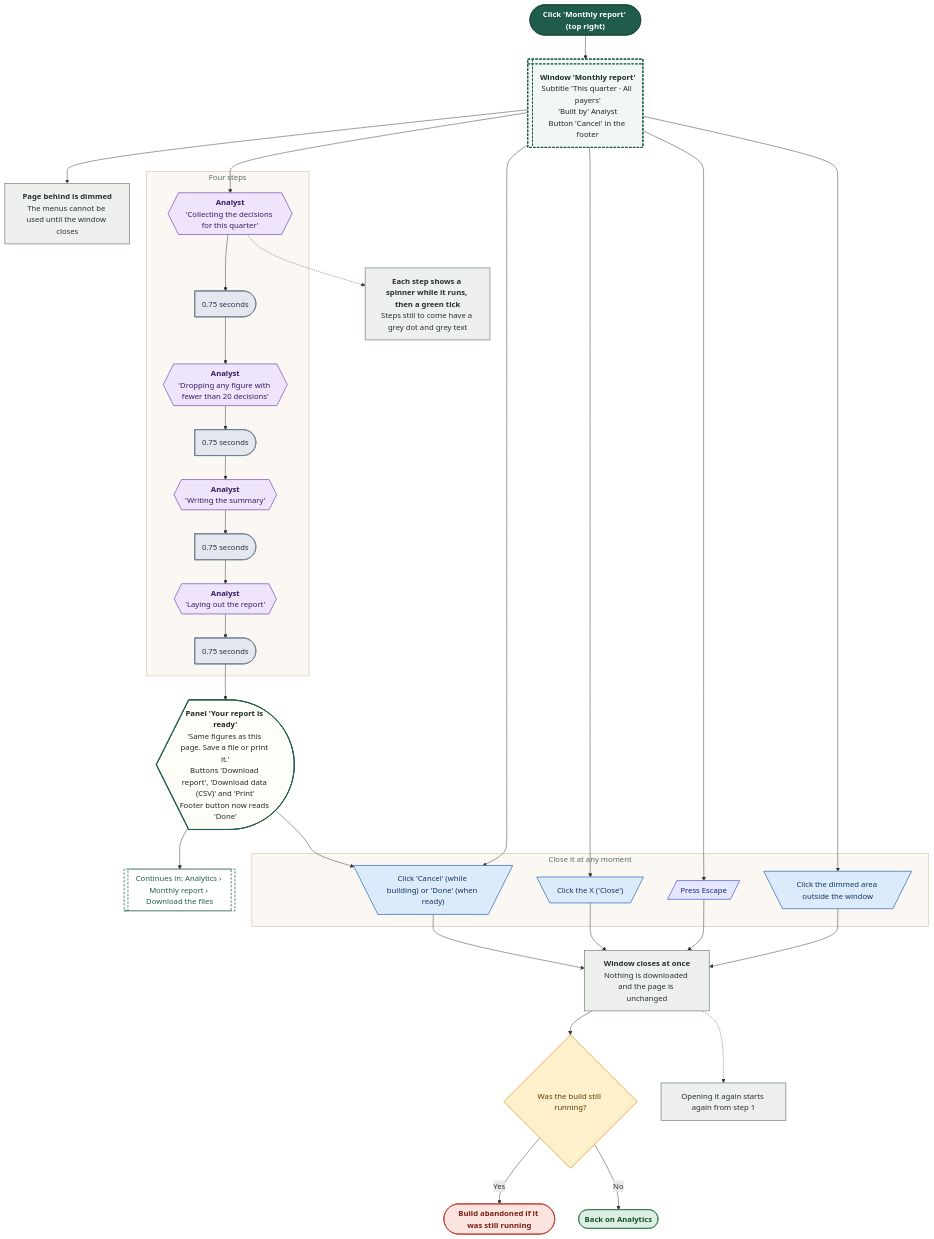
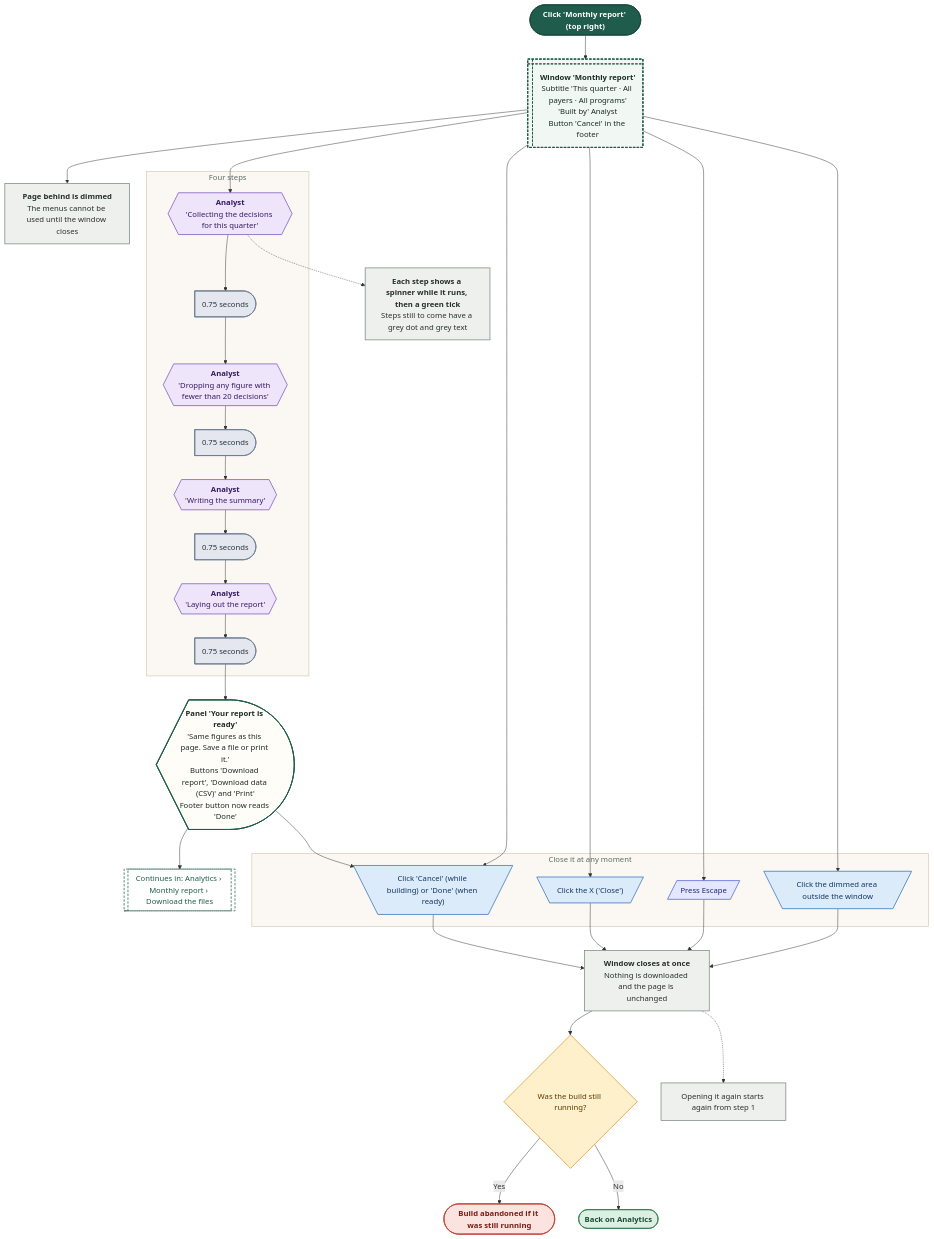
Before and after one commit to Shrav143/psyfloapp: the tenth of 12 diagrams in demos/prior-auth-demo/workflows/out/md/08-analytics.md, drawn with Mermaid. The commit also changed other lines of this file and 192 other files, not shown here.

First line of the commit message:
docs: changelog by sidebar tab; README, diagrams and Settings layout aligned with the refinement; shared InfoTip; referral cost-share line

````diff
--- a/demos/prior-auth-demo/workflows/out/md/08-analytics.md
+++ b/demos/prior-auth-demo/workflows/out/md/08-analytics.md
@@ -491,71 +746,71 @@
 ```mermaid
 %%{init: {"theme":"base","themeVariables":{"fontFamily":"'DM Sans', 'Segoe UI', system-ui, sans-serif","fontSize":"15px","lineColor":"#5B6B63","primaryTextColor":"#1C2B25","clusterBkg":"#FBF8F3","clusterBorder":"#D9CDBB","edgeLabelBackground":"#FFFFFF"},"flowchart":{"curve":"basis","nodeSpacing":36,"rankSpacing":48,"padding":12,"htmlLabels":true,"useMaxWidth":false,"wrappingWidth":230}} }%%
 flowchart TD
   classDef k_start fill:#1F5C4B,stroke:#174638,color:#FFFFFF,stroke-width:1.5px,font-weight:600
   classDef k_end fill:#DDEFE3,stroke:#2E7D4F,color:#14502F,stroke-width:1.5px,font-weight:600
   classDef k_endx fill:#FBE3E0,stroke:#C0392B,color:#7A1F16,stroke-width:1.5px,font-weight:600
   classDef k_screen fill:#FFFDF8,stroke:#1F5C4B,color:#1C2B25,stroke-width:2px
   classDef k_overlay fill:#F1F7F3,stroke:#1F5C4B,color:#1C2B25,stroke-width:2px,stroke-dasharray:5 3
   classDef k_click fill:#DCEBFA,stroke:#2F6DB5,color:#12365F,stroke-width:1.5px
   classDef k_input fill:#E4E7FF,stroke:#4C5FD5,color:#1D2670,stroke-width:1.5px
   classDef k_process fill:#EEF0EE,stroke:#7A857F,color:#26302B,stroke-width:1.5px
   classDef k_agent fill:#EEE5FA,stroke:#7A4FC2,color:#341A63,stroke-width:1.5px
   classDef k_decision fill:#FFF0CC,stroke:#D9962B,color:#5C3B00,stroke-width:1.5px
   classDef k_store fill:#D5F0EA,stroke:#1C8E7B,color:#0B4A3F,stroke-width:1.5px
   classDef k_doc fill:#F6E9DC,stroke:#B07A4C,color:#4A2E14,stroke-width:1.5px
   classDef k_ext fill:#FFE6D2,stroke:#E07B39,color:#6B2F06,stroke-width:1.5px
   classDef k_wait fill:#E4E8EE,stroke:#6B7C93,color:#26303D,stroke-width:1.5px
   classDef k_toast fill:#FFF9DB,stroke:#C9A400,color:#5A4A00,stroke-width:1.5px
   classDef k_goto fill:#FFFFFF,stroke:#1F5C4B,color:#1F5C4B,stroke-width:1.5px,stroke-dasharray:5 3
   s1@{ shape: stadium, label: "Click 'Monthly report' (top right)" }
-  o1@{ shape: win-pane, label: "<b>Window 'Monthly report'</b><br/>Subtitle 'This quarter · All payers'<br/>'Built by' Analyst<br/>Button 'Cancel' in the footer" }
+  o1@{ shape: win-pane, label: "<b>Window 'Monthly report'</b><br/>Subtitle 'This quarter · All payers · All programs'<br/>'Built by' Analyst<br/>Button 'Cancel' in the footer" }
   p0@{ shape: rect, label: "<b>Page behind is dimmed</b><br/>The menus cannot be used until the window closes" }
   subgraph gSteps ["Four steps"]
   a1@{ shape: hex, label: "<b>Analyst</b><br/>'Collecting the decisions for this quarter'" }
   w1@{ shape: delay, label: "0.75 seconds" }
   a2@{ shape: hex, label: "<b>Analyst</b><br/>'Dropping any figure with fewer than 20 decisions'" }
   w2@{ shape: delay, label: "0.75 seconds" }
   a3@{ shape: hex, label: "<b>Analyst</b><br/>'Writing the summary'" }
   w3@{ shape: delay, label: "0.75 seconds" }
   a4@{ shape: hex, label: "<b>Analyst</b><br/>'Laying out the report'" }
   w4@{ shape: delay, label: "0.75 seconds" }
   end
   p1@{ shape: rect, label: "<b>Each step shows a spinner while it runs, then a green tick</b><br/>Steps still to come have a grey dot and grey text" }
   r1@{ shape: curv-trap, label: "<b>Panel 'Your report is ready'</b><br/>'Same figures as this page. Save a file or print it.'<br/>Buttons 'Download report', 'Download data (CSV)' and 'Print'<br/>Footer button now reads 'Done'" }
   subgraph gClose ["Close it at any moment"]
   c1@{ shape: trap-t, label: "Click 'Cancel' (while building) or 'Done' (when ready)" }
   c2@{ shape: trap-t, label: "Click the X ('Close')" }
   k1@{ shape: lean-r, label: "Press Escape" }
   c3@{ shape: trap-t, label: "Click the dimmed area outside the window" }
   end
   p2@{ shape: rect, label: "<b>Window closes at once</b><br/>Nothing is downloaded and the page is unchanged" }
   p3@{ shape: rect, label: "Opening it again starts again from step 1" }
   q1@{ shape: diam, label: "Was the build still running?" }
   e1@{ shape: stadium, label: "Build abandoned if it was still running" }
   e2@{ shape: stadium, label: "Back on Analytics" }
   g1@{ shape: subproc, label: "Continues in: Analytics › Monthly report › Download the files" }
   s1 --> o1 --> p0
   o1 --> a1 --> w1 --> a2 --> w2 --> a3 --> w3 --> a4 --> w4 --> r1
   a1 -.-> p1
   r1 --> g1
   o1 --> c1 & c2 & k1 & c3
   r1 --> c1
   c1 & c2 & k1 & c3 --> p2 --> q1
   p2 -.-> p3
   q1 -->|"Yes"| e1
   q1 -->|"No"| e2
   class s1 k_start
   class o1 k_overlay
   class p0,p1,p2,p3 k_process
   class a1,a2,a3,a4 k_agent
   class w1,w2,w3,w4 k_wait
   class r1 k_screen
   class c1,c2,c3 k_click
   class k1 k_input
   class q1 k_decision
   class e1 k_endx
   class e2 k_end
   class g1 k_goto
   style gSteps fill:#FBF8F3,stroke:#D9CDBB,stroke-width:1.5px,color:#5B6B63
   style gClose fill:#FBF8F3,stroke:#D9CDBB,stroke-width:1.5px,color:#5B6B63
 ```
````
